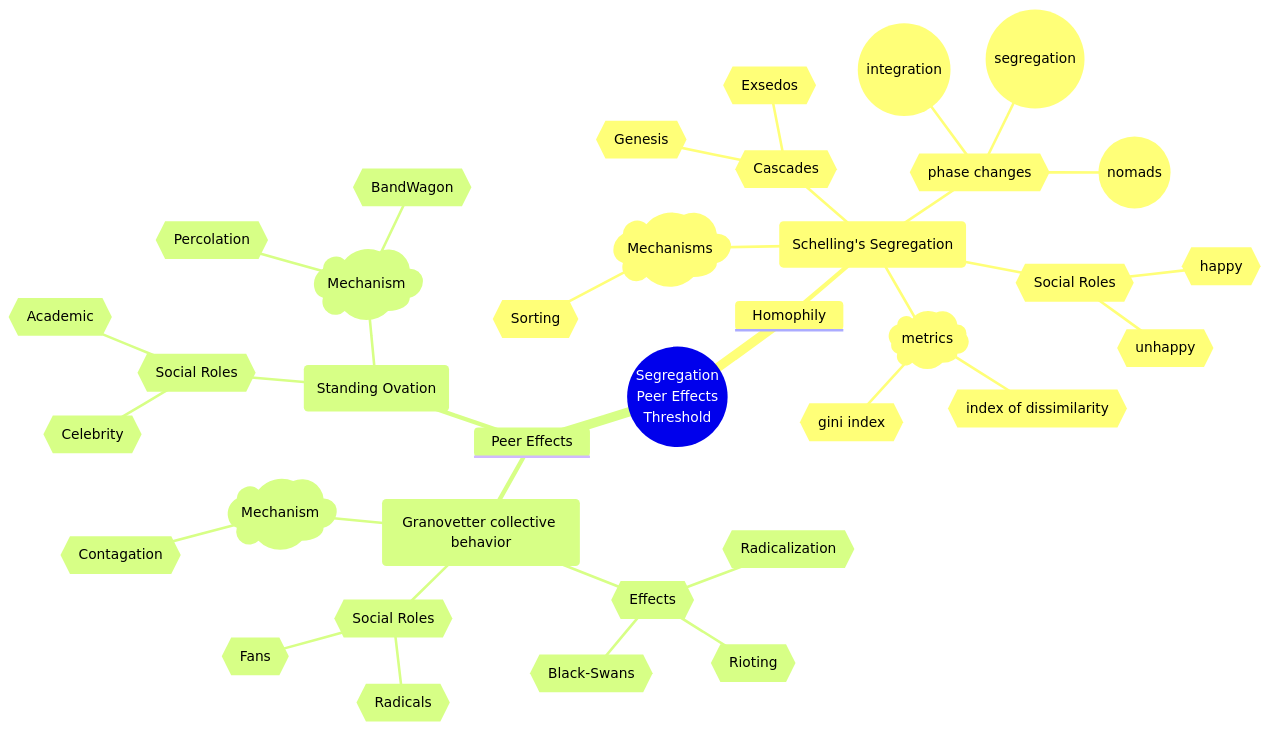
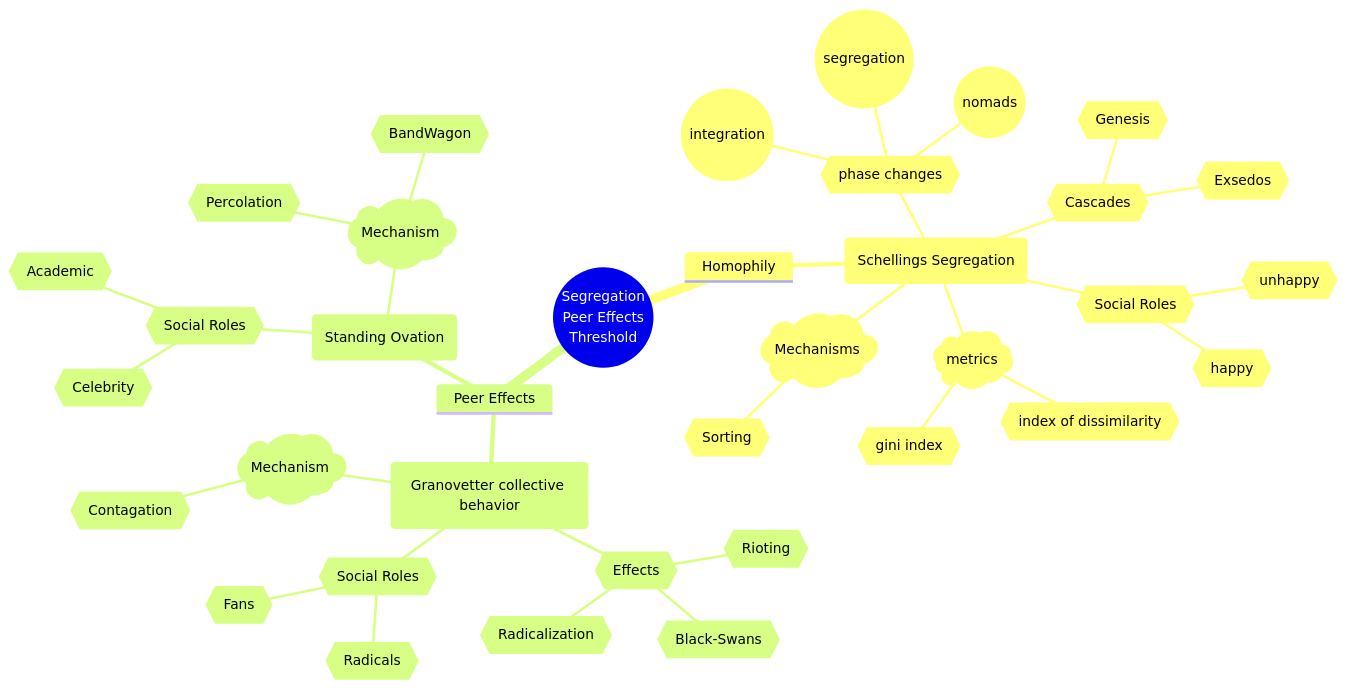
The diagram in posts/w02.qmd (OrenBochman/notes-model-thinking), drawn with Mermaid before and after one commit. The commit also changed other lines of this file and 22 other files, not shown here.

````diff
--- a/posts/w02.qmd
+++ b/posts/w02.qmd
@@ -25,42 +28,41 @@
 ```{mermaid}
 
 mindmap
   root((Segregation <br>Peer Effects <br> Threshold))
     Homophily
-        (Schelling's Segregation)
+        (Schellings Segregation)
             {{phase changes}}
               ((integration))
               ((segregation))
               ((nomads))
             {{Cascades}}
               {{Genesis}}
               {{Exsedos}}
             )metrics(
               {{index of dissimilarity}}
               {{gini index}}
             )Mechanisms(
               {{Sorting}}
             {{Social Roles}}
               {{unhappy}}
               {{happy}}
     Peer Effects     
         (Granovetter collective behavior)
             {{Effects}}
               {{Radicalization}}
               {{Rioting}}
               {{Black-Swans}}
             {{Social Roles}}
               {{Radicals}}
               {{Fans}}
             )Mechanism(
               {{Contagation}}
         (Standing Ovation)
           {{Social Roles}}
               {{Celebrity}}
               {{Academic}}
           )Mechanism(
               {{Percolation}}
               {{BandWagon}}
             
-
 ```
````
